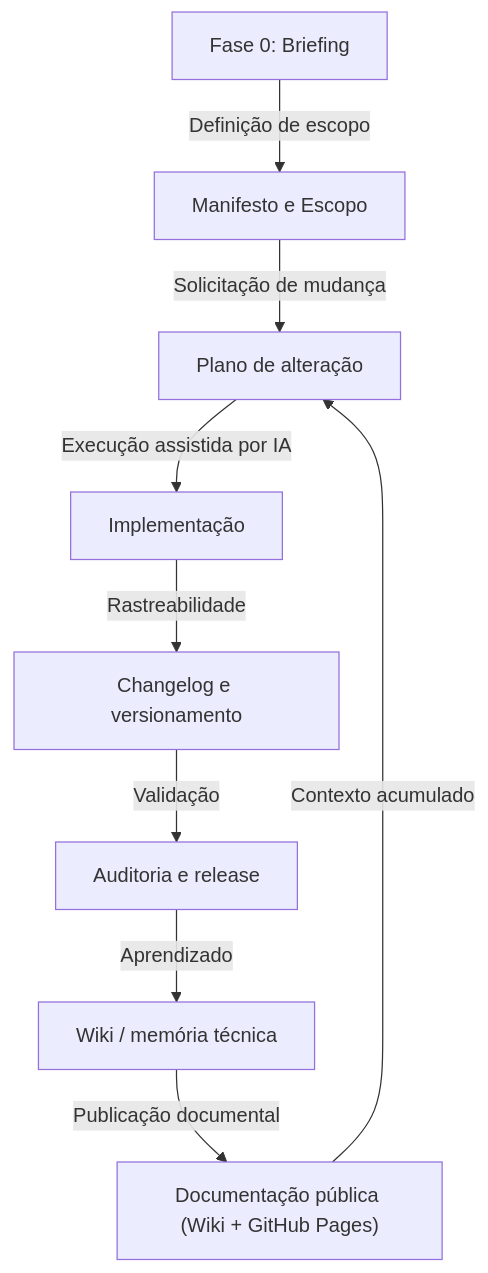
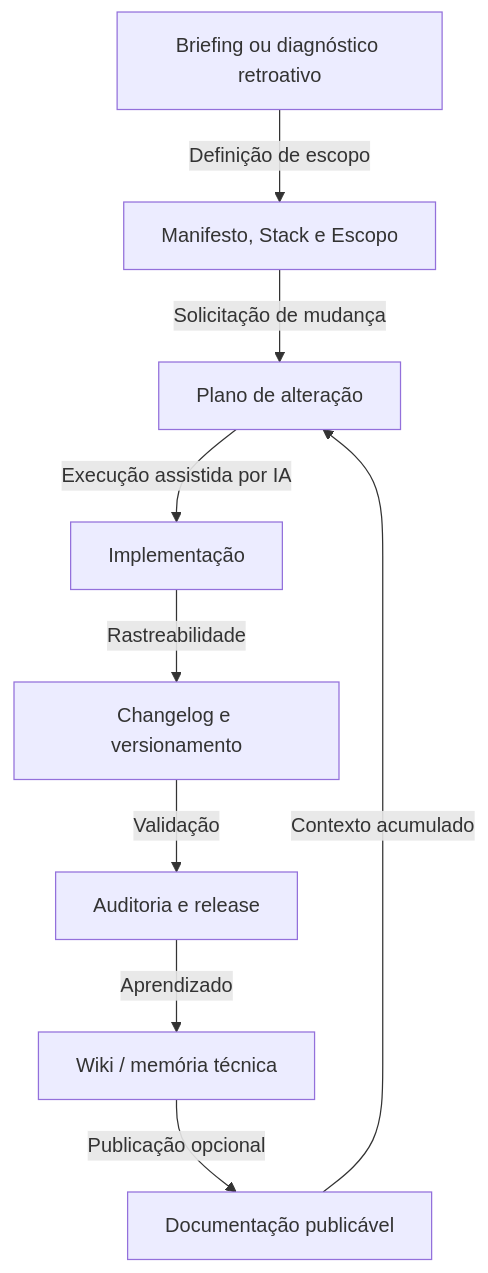
The first of 2 diagrams in README.md (Sistema2D/FrameCode-VibeWork), drawn with Mermaid before and after one commit. The commit also changed other lines of this file and 1 other file, not shown here.

````diff
--- a/README.md
+++ b/README.md
@@ -17,11 +32,11 @@
 ```mermaid
 graph TD
-    A["Fase 0: Briefing"] -->|"Definição de escopo"| B["Manifesto e Escopo"]
+    A["Briefing ou diagnóstico retroativo"] -->|"Definição de escopo"| B["Manifesto, Stack e Escopo"]
     B -->|"Solicitação de mudança"| C["Plano de alteração"]
     C -->|"Execução assistida por IA"| D["Implementação"]
     D -->|"Rastreabilidade"| E["Changelog e versionamento"]
     E -->|"Validação"| F["Auditoria e release"]
     F -->|"Aprendizado"| G["Wiki / memória técnica"]
-    G -->|"Publicação documental"| H["Documentação pública (Wiki + GitHub Pages)"]
+    G -->|"Publicação opcional"| H["Documentação publicável"]
     H -->|"Contexto acumulado"| C
 ```
````
